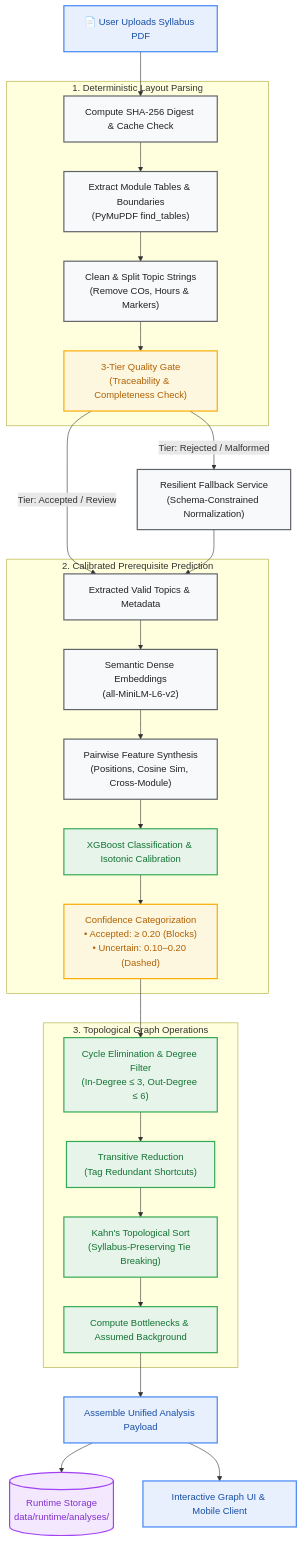
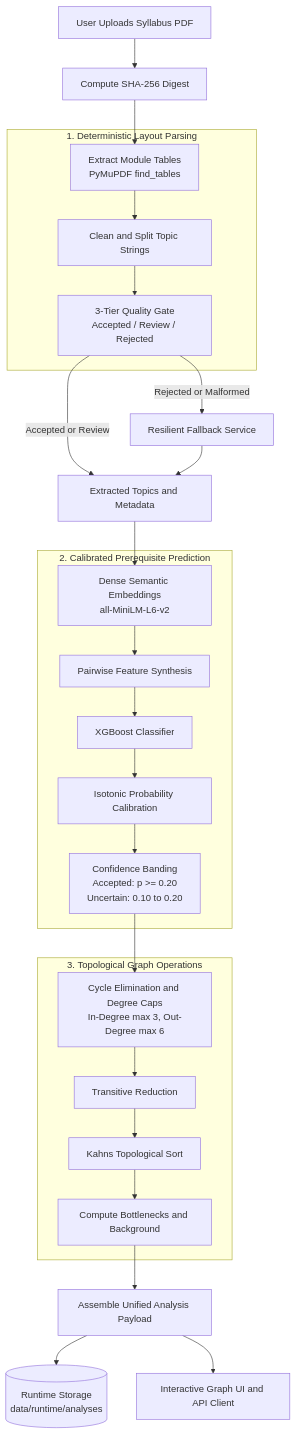
One commit to SiddheshNaidu/KDG changed the first of 4 diagrams in README.md. Above: the diagram before and after it, drawn with Mermaid. The commit also changed other lines of this file, not shown here.

Commit message:
Refine system architecture diagrams for clarity and consistency: improve rendering on GitHub, enhance labeling, and streamline flowchart elements.

````diff
--- a/README.md
+++ b/README.md
@@ -71,38 +71,35 @@
 ```mermaid
 flowchart TD
-    classDef io fill:#E8F0FE,stroke:#4285F4,stroke-width:2px,color:#174EA6;
-    classDef process fill:#F8F9FA,stroke:#5F6368,stroke-width:2px,color:#202124;
-    classDef gate fill:#FEF7E0,stroke:#F9AB00,stroke-width:2px,color:#B06000;
-    classDef engine fill:#E6F4EA,stroke:#34A853,stroke-width:2px,color:#137333;
-    classDef store fill:#F3E8FD,stroke:#A142F4,stroke-width:2px,color:#8430CE;
+    PDF[User Uploads Syllabus PDF] --> Hash[Compute SHA-256 Digest]
+    Hash --> Tables
 
-    PDF["📄 User Uploads Syllabus PDF"]:::io --> Hash["Compute SHA-256 Digest & Cache Check"]:::process
-    
-    subgraph S1["1. Deterministic Layout Parsing"]
-        Hash --> Tables["Extract Module Tables & Boundaries<br/>(PyMuPDF find_tables)"]:::process
-        Tables --> Normalize["Clean & Split Topic Strings<br/>(Remove COs, Hours & Markers)"]:::process
-        Normalize --> Tier["3-Tier Quality Gate<br/>(Traceability & Completeness Check)"]:::gate
+    subgraph S1 [1. Deterministic Layout Parsing]
+        Tables[Extract Module Tables<br/>PyMuPDF find_tables] --> Normalize[Clean and Split Topic Strings]
+        Normalize --> Tier[3-Tier Quality Gate<br/>Accepted / Review / Rejected]
     end
 
-    Tier -->|"Tier: Accepted / Review"| ExtractDone["Extracted Valid Topics & Metadata"]:::process
-    Tier -->|"Tier: Rejected / Malformed"| Fallback["Resilient Fallback Service<br/>(Schema-Constrained Normalization)"]:::process
+    Tier -->|Accepted or Review| ExtractDone[Extracted Topics and Metadata]
+    Tier -->|Rejected or Malformed| Fallback[Resilient Fallback Service]
     Fallback --> ExtractDone
 
-    subgraph S2["2. Calibrated Prerequisite Prediction"]
-        ExtractDone --> Embed["Semantic Dense Embeddings<br/>(all-MiniLM-L6-v2)"]:::process
-        Embed --> FeatureMatrix["Pairwise Feature Synthesis<br/>(Positions, Cosine Sim, Cross-Module)"]:::process
-        FeatureMatrix --> XGB["XGBoost Classification & Isotonic Calibration"]:::engine
-        XGB --> Bands["Confidence Categorization<br/>• Accepted: ≥ 0.20 (Blocks)<br/>• Uncertain: 0.10–0.20 (Dashed)"]:::gate
+    subgraph S2 [2. Calibrated Prerequisite Prediction]
+        Embed[Dense Semantic Embeddings<br/>all-MiniLM-L6-v2] --> Features[Pairwise Feature Synthesis]
+        Features --> XGB[XGBoost Classifier]
+        XGB --> Calib[Isotonic Probability Calibration]
+        Calib --> Bands[Confidence Banding<br/>Accepted: p >= 0.20<br/>Uncertain: 0.10 to 0.20]
     end
 
-    subgraph S3["3. Topological Graph Operations"]
-        Bands --> DAG["Cycle Elimination & Degree Filter<br/>(In-Degree ≤ 3, Out-Degree ≤ 6)"]:::engine
-        DAG --> Transitive["Transitive Reduction<br/>(Tag Redundant Shortcuts)"]:::engine
-        Transitive --> Kahn["Kahn's Topological Sort<br/>(Syllabus-Preserving Tie Breaking)"]:::engine
-        Kahn --> Analytics["Compute Bottlenecks & Assumed Background"]:::engine
+    ExtractDone --> Embed
+
+    subgraph S3 [3. Topological Graph Operations]
+        DAG[Cycle Elimination and Degree Caps<br/>In-Degree max 3, Out-Degree max 6] --> Transitive[Transitive Reduction]
+        Transitive --> Kahn[Kahns Topological Sort]
+        Kahn --> Analytics[Compute Bottlenecks and Background]
     end
 
-    Analytics --> Payload["Assemble Unified Analysis Payload"]:::io
-    Payload --> DiskStore[("Runtime Storage<br/>data/runtime/analyses/")]:::store
-    Payload --> Response["Interactive Graph UI & Mobile Client"]:::io
+    Bands --> DAG
+
+    Analytics --> Payload[Assemble Unified Analysis Payload]
+    Payload --> DiskStore[(Runtime Storage<br/>data/runtime/analyses)]
+    Payload --> Response[Interactive Graph UI and API Client]
 ```
````
